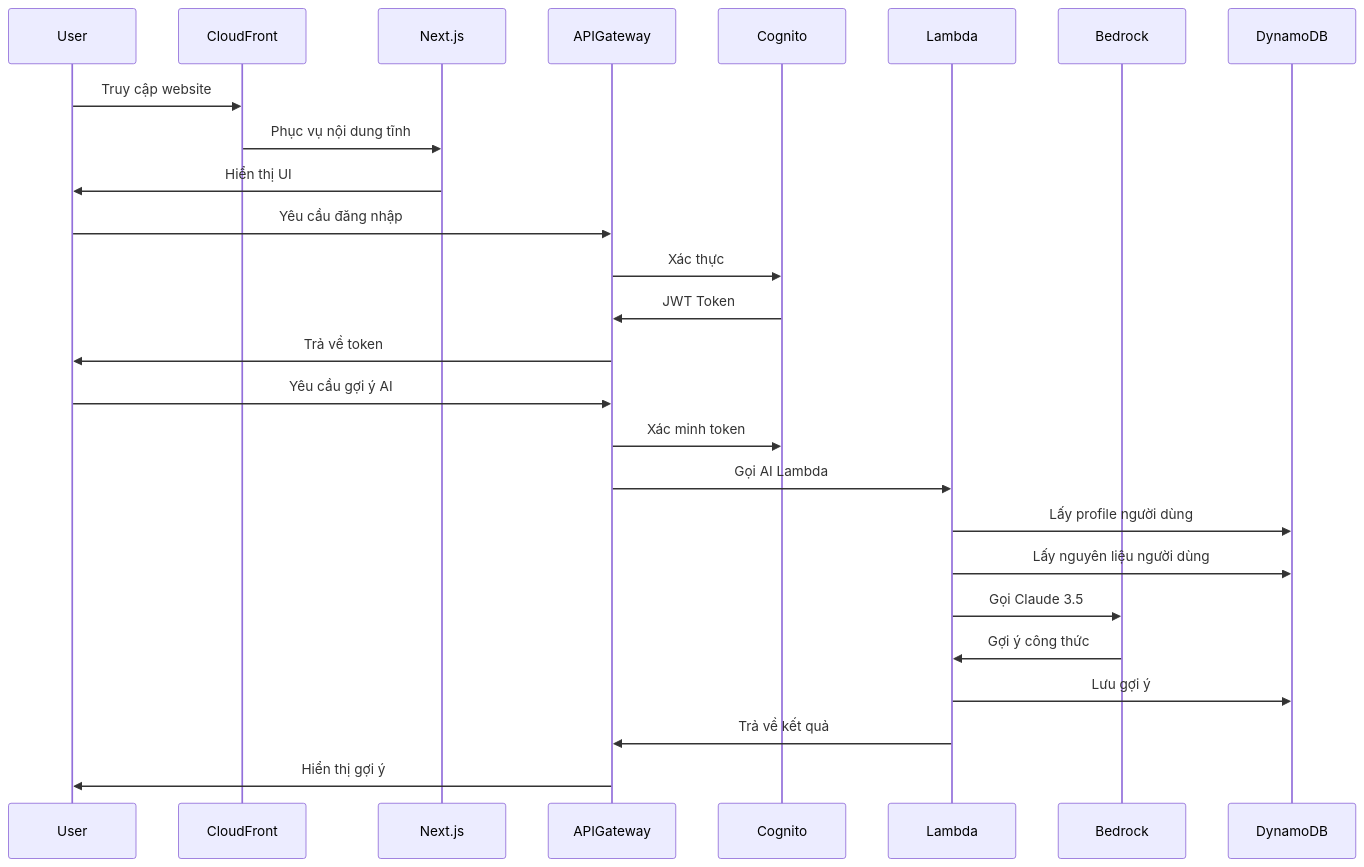
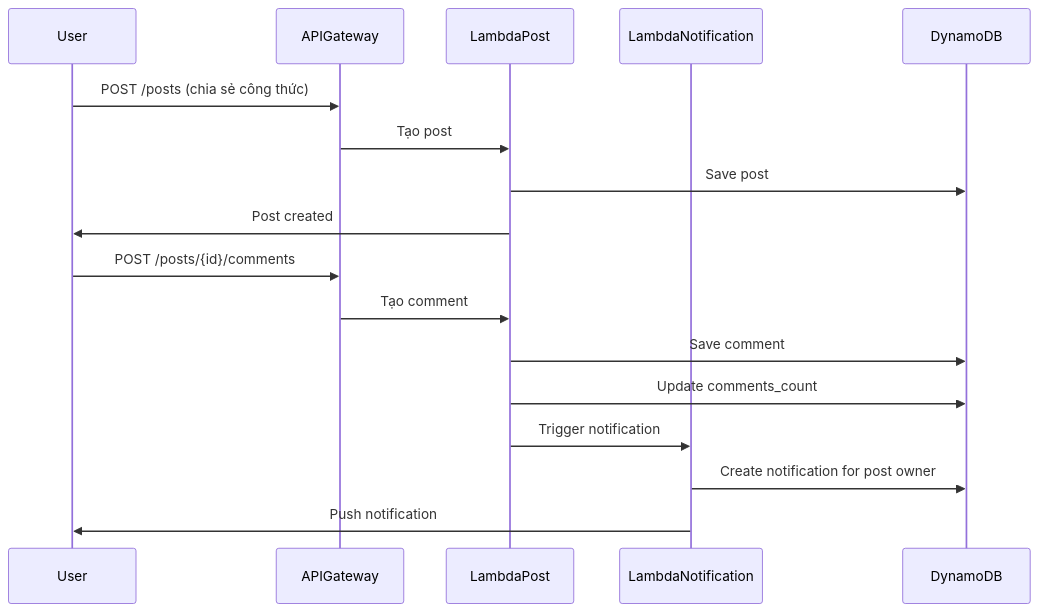
One commit to nvtruongops/hugo-aws-planing changed the fourth of 5 diagrams in content/docs/summary/aws-services-diagram.md. Above: the diagram before and after it, drawn with Mermaid. The commit also changed other lines of this file and 35 other files, not shown here.

````diff
--- a/content/docs/summary/aws-services-diagram.md
+++ b/content/docs/summary/aws-services-diagram.md
@@ -312,31 +504,21 @@
 ```mermaid
 sequenceDiagram
     participant User
-    participant CloudFront
-    participant Next.js
     participant APIGateway
-    participant Cognito
-    participant Lambda
-    participant Bedrock
+    participant LambdaPost
+    participant LambdaNotification
     participant DynamoDB
 
-    User->>CloudFront: Truy cập website
-    CloudFront->>Next.js: Phục vụ nội dung tĩnh
-    Next.js->>User: Hiển thị UI
+    User->>APIGateway: POST /posts (chia sẻ công thức)
+    APIGateway->>LambdaPost: Tạo post
+    LambdaPost->>DynamoDB: Save post
+    LambdaPost->>User: Post created
 
-    User->>APIGateway: Yêu cầu đăng nhập
-    APIGateway->>Cognito: Xác thực
-    Cognito->>APIGateway: JWT Token
-    APIGateway->>User: Trả về token
-
-    User->>APIGateway: Yêu cầu gợi ý AI
-    APIGateway->>Cognito: Xác minh token
-    APIGateway->>Lambda: Gọi AI Lambda
-    Lambda->>DynamoDB: Lấy profile người dùng
-    Lambda->>DynamoDB: Lấy nguyên liệu người dùng
-    Lambda->>Bedrock: Gọi Claude 3.5
-    Bedrock->>Lambda: Gợi ý công thức
-    Lambda->>DynamoDB: Lưu gợi ý
-    Lambda->>APIGateway: Trả về kết quả
-    APIGateway->>User: Hiển thị gợi ý
+    User->>APIGateway: POST /posts/{id}/comments
+    APIGateway->>LambdaPost: Tạo comment
+    LambdaPost->>DynamoDB: Save comment
+    LambdaPost->>DynamoDB: Update comments_count
+    LambdaPost->>LambdaNotification: Trigger notification
+    LambdaNotification->>DynamoDB: Create notification for post owner
+    LambdaNotification->>User: Push notification
 ```
````
